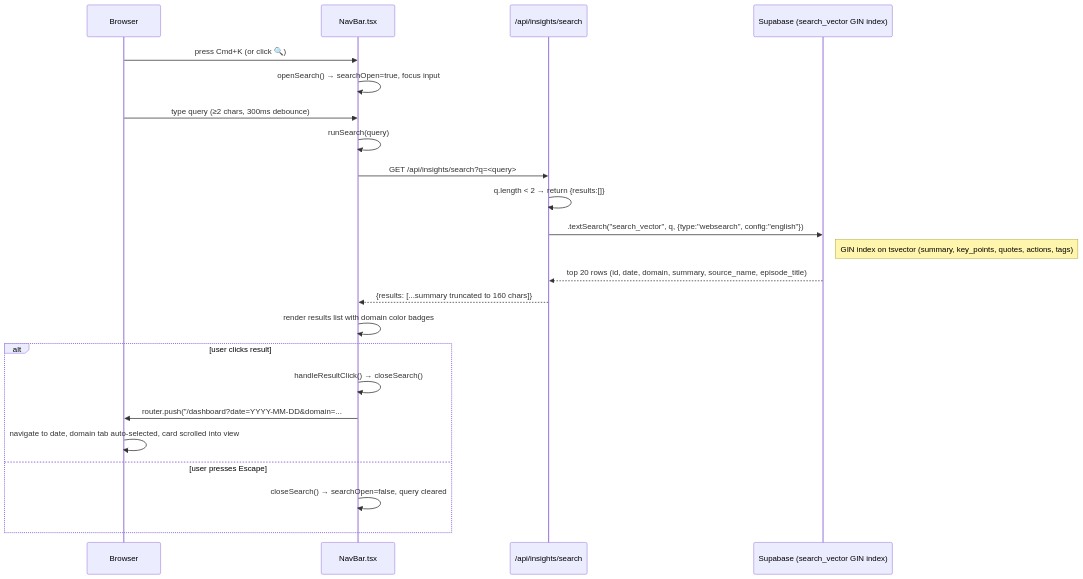
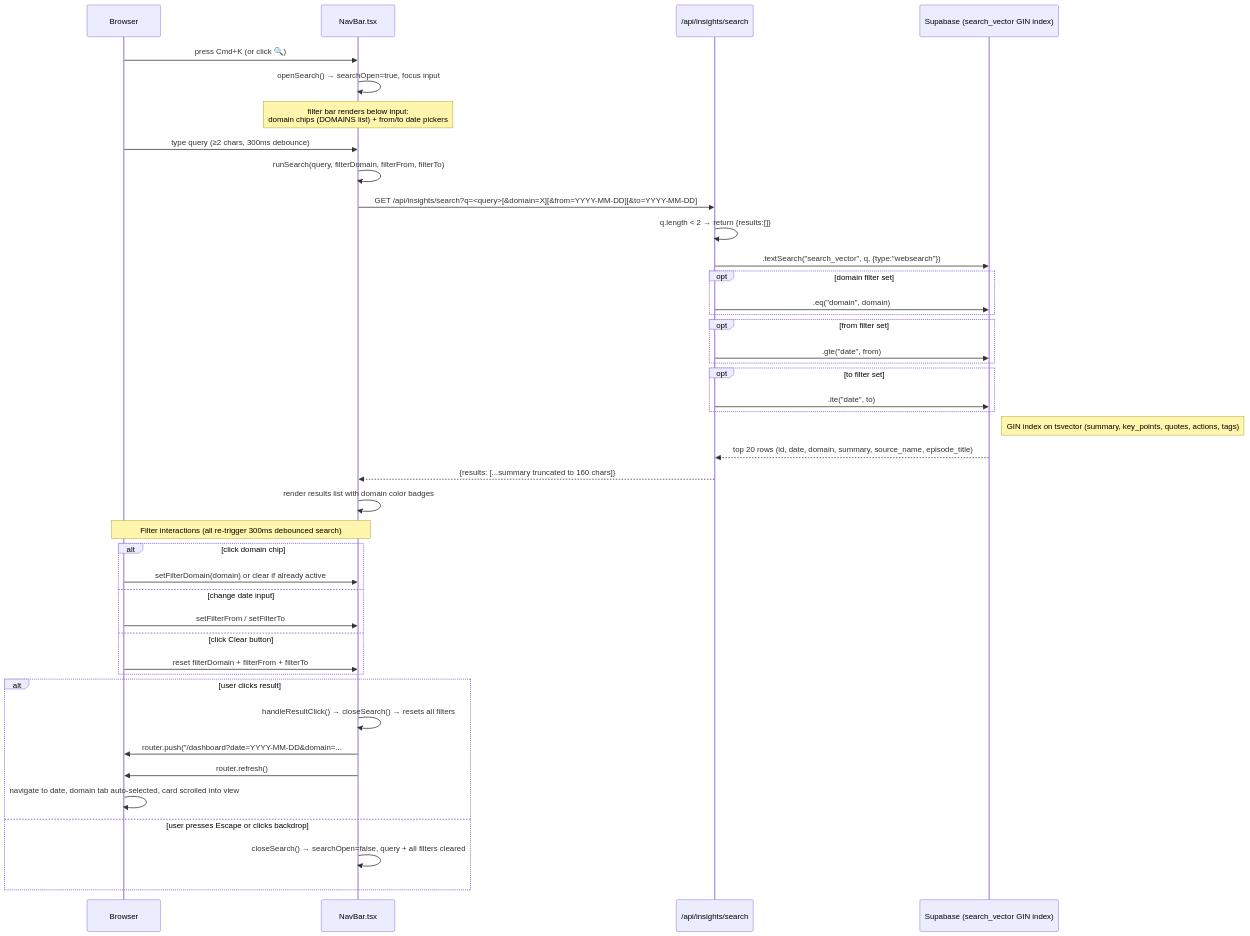
One commit to vtghub/PodcastsSummarizer changed diagram 15 of 20 in docs/request-workflow.md. Above: the diagram before and after it, drawn with Mermaid. The commit also changed other lines of this file and 2 other files, not shown here.

Commit message:
docs: update architecture and workflow diagrams post-PR #162
- README: search route description updated (domain/from/to params);
  Search feature row expanded with filter bar details
- architecture.md: ARFTS node updated to show new query params
- request-workflow.md: diagram #15 rewritten to cover filter chips,
  date range, per-filter DB clauses, and Clear button interaction

````diff
--- a/docs/request-workflow.md
+++ b/docs/request-workflow.md
@@ -506,28 +506,48 @@
 ```mermaid
 sequenceDiagram
     participant B as Browser
     participant NAV as NavBar.tsx
     participant API as /api/insights/search
     participant DB as Supabase (search_vector GIN index)
 
     B->>NAV: press Cmd+K (or click 🔍)
     NAV->>NAV: openSearch() → searchOpen=true, focus input
+    Note over NAV: filter bar renders below input:<br/>domain chips (DOMAINS list) + from/to date pickers
 
     B->>NAV: type query (≥2 chars, 300ms debounce)
-    NAV->>NAV: runSearch(query)
-    NAV->>API: GET /api/insights/search?q=<query>
+    NAV->>NAV: runSearch(query, filterDomain, filterFrom, filterTo)
+    NAV->>API: GET /api/insights/search?q=<query>[&domain=X][&from=YYYY-MM-DD][&to=YYYY-MM-DD]
     API->>API: q.length < 2 → return {results:[]}
-    API->>DB: .textSearch("search_vector", q, {type:"websearch", config:"english"})
+    API->>DB: .textSearch("search_vector", q, {type:"websearch"})
+    opt domain filter set
+        API->>DB: .eq("domain", domain)
+    end
+    opt from filter set
+        API->>DB: .gte("date", from)
+    end
+    opt to filter set
+        API->>DB: .lte("date", to)
+    end
     Note right of DB: GIN index on tsvector (summary, key_points, quotes, actions, tags)
     DB-->>API: top 20 rows (id, date, domain, summary, source_name, episode_title)
     API-->>NAV: {results: [...summary truncated to 160 chars]}
     NAV->>NAV: render results list with domain color badges
 
+    Note over B,NAV: Filter interactions (all re-trigger 300ms debounced search)
+    alt click domain chip
+        B->>NAV: setFilterDomain(domain) or clear if already active
+    else change date input
+        B->>NAV: setFilterFrom / setFilterTo
+    else click Clear button
+        B->>NAV: reset filterDomain + filterFrom + filterTo
+    end
+
     alt user clicks result
-        NAV->>NAV: handleResultClick() → closeSearch()
+        NAV->>NAV: handleResultClick() → closeSearch() → resets all filters
         NAV->>B: router.push("/dashboard?date=YYYY-MM-DD&domain=...#insight-{id}")
+        NAV->>B: router.refresh()
         B->>B: navigate to date, domain tab auto-selected, card scrolled into view
-    else user presses Escape
-        NAV->>NAV: closeSearch() → searchOpen=false, query cleared
+    else user presses Escape or clicks backdrop
+        NAV->>NAV: closeSearch() → searchOpen=false, query + all filters cleared
     end
 ```
````
